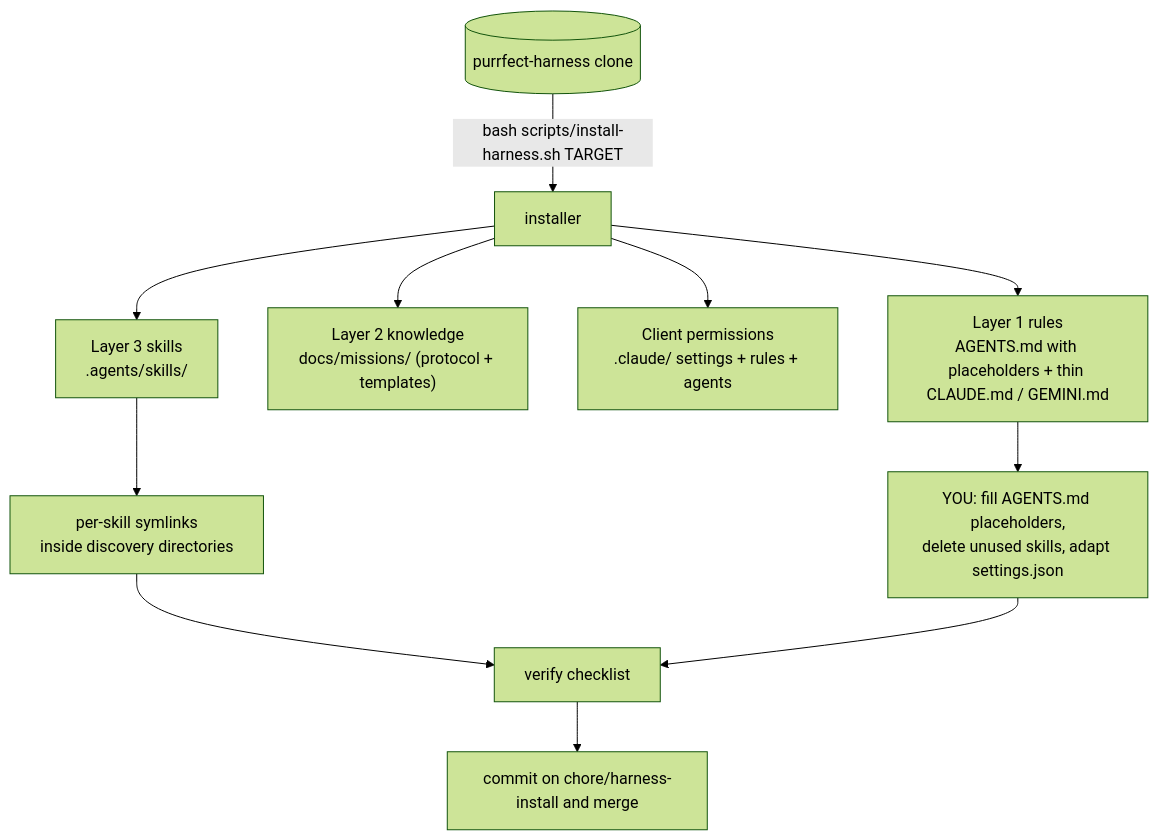
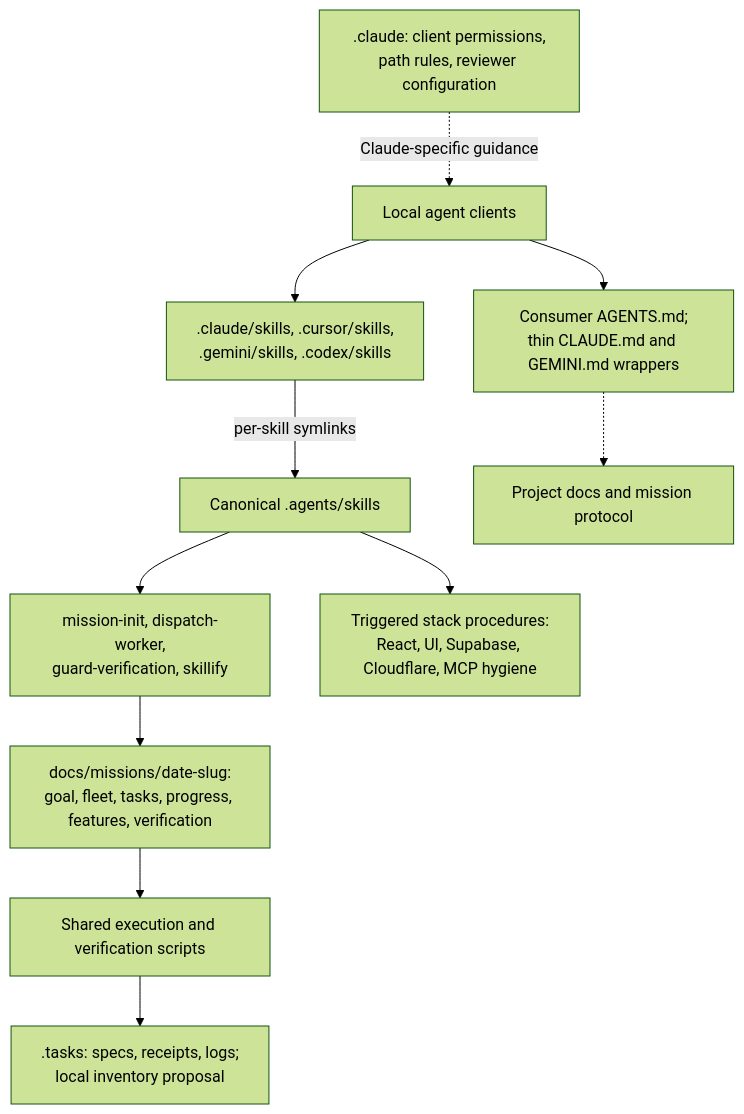
One commit to hashorva/purrfect-harness changed the third of 5 diagrams in README.md. Above: the diagram before and after it, drawn with Mermaid (forest theme). The commit also changed other lines of this file, not shown here.

Commit message:
docs: refresh README workflows and diagrams for Phase 1

````diff
--- a/README.md
+++ b/README.md
@@ -125,13 +250,13 @@
 ```mermaid
-flowchart TD
-  H[("purrfect-harness clone")] -->|"bash scripts/install-harness.sh TARGET"| I["installer"]
-  I --> P1["Layer 3 skills<br/>.agents/skills/"]
-  I --> P2["Layer 2 knowledge<br/>docs/missions/ (protocol + templates)"]
-  I --> P3["Client permissions<br/>.claude/ settings + rules + agents"]
-  I --> P4["Layer 1 rules<br/>AGENTS.md with placeholders + thin CLAUDE.md / GEMINI.md"]
-  P1 --> SYM["per-skill symlinks<br/>inside discovery directories"]
-  P4 --> YOU["YOU: fill AGENTS.md placeholders,<br/>delete unused skills, adapt settings.json"]
-  SYM --> V["verify checklist"]
-  YOU --> V
-  V --> C["commit on chore/harness-install and merge"]
+flowchart TB
+  Clients["Local agent clients"] --> Rules["Consumer AGENTS.md;<br/>thin CLAUDE.md and GEMINI.md wrappers"]
+  Clients --> Discovery[".claude/skills, .cursor/skills,<br/>.gemini/skills, .codex/skills"]
+  Discovery -->|per-skill symlinks| Skills["Canonical .agents/skills"]
+  Rules -.-> Docs["Project docs and mission protocol"]
+  Skills --> Procedures["mission-init, dispatch-worker,<br/>guard-verification, skillify"]
+  Skills --> Project["Triggered stack procedures:<br/>React, UI, Supabase, Cloudflare, MCP hygiene"]
+  Procedures --> Missions["docs/missions/date-slug:<br/>goal, fleet, tasks, progress, features, verification"]
+  Missions --> Launchers["Shared execution and verification scripts"]
+  Launchers --> Runtime[".tasks: specs, receipts, logs;<br/>local inventory proposal"]
+  Settings[".claude: client permissions,<br/>path rules, reviewer configuration"] -.->|Claude-specific guidance| Clients
 ```
````
